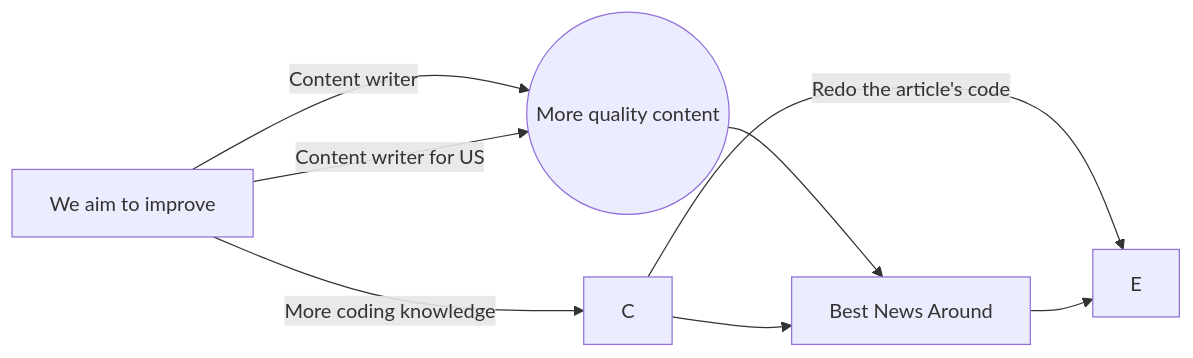
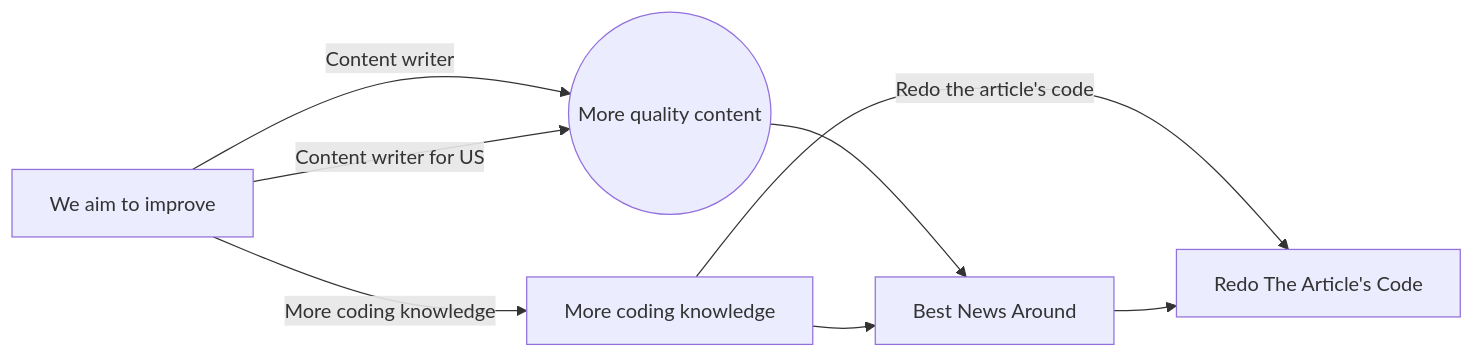
One commit to LocalTechnews/LocalTechnews.github.io changed the diagram in README.md. Above: the diagram before and after it, drawn with Mermaid.

Commit message:
maayby it works now? mermaid is weird

````diff
--- a/README.md
+++ b/README.md
@@ -56,11 +56,10 @@
 ```mermaid
 graph LR
-A[We aim to improve] -->|Content writer| B((More quality content))
+A["We aim to improve"] -->|Content writer| B(("More quality content"))
 A -->|Content writer for US| B
-A -->|More coding knowledge| C
-C -->|Redo the article's code| E
-B --> D[Best News Around]
+A -->|More coding knowledge| C["More coding knowledge"]
+C -->|Redo the article's code| E["Redo The Article's Code"]
+B --> D["Best News Around"]
 C --> D
 D --> E
-
 ```
````
